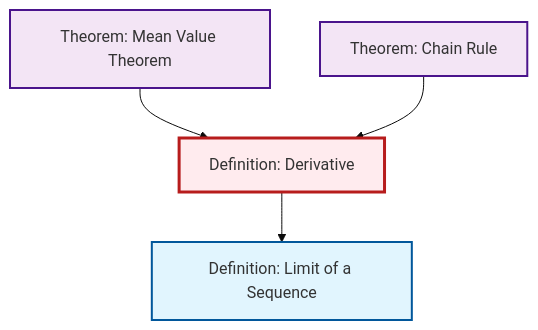
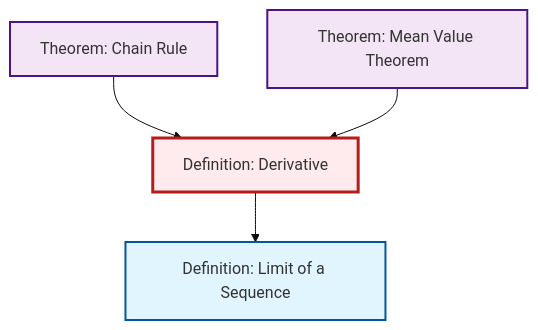
One commit to RK0429/ModernMath changed the second of 2 diagrams in content/ja/analysis/def-derivative.qmd. Above: the diagram before and after it, drawn with Mermaid (base theme). The commit also changed other lines of this file and 491 other files, not shown here.

First line of the commit message:
feat: Add Central Limit Theorem article with comprehensive cross-references

````diff
--- a/content/ja/analysis/def-derivative.qmd
+++ b/content/ja/analysis/def-derivative.qmd
@@ -83,20 +83,20 @@
 ```{mermaid}
 %%| fig-cap: "Local dependency graph"
 graph TD
     classDef definition fill:#e1f5fe,stroke:#01579b,stroke-width:2px
     classDef theorem fill:#f3e5f5,stroke:#4a148c,stroke-width:2px
     classDef axiom fill:#fff3e0,stroke:#e65100,stroke-width:2px
     classDef example fill:#e8f5e9,stroke:#1b5e20,stroke-width:2px
     classDef current fill:#ffebee,stroke:#b71c1c,stroke-width:3px
+    thm-chain-rule["Theorem: Chain Rule"]:::theorem
     thm-mean-value["Theorem: Mean Value Theorem"]:::theorem
-    thm-chain-rule["Theorem: Chain Rule"]:::theorem
     def-derivative["Definition: Derivative"]:::definition
     def-limit["Definition: Limit of a Sequence"]:::definition
+    thm-chain-rule --> def-derivative
+    def-derivative --> def-limit
     thm-mean-value --> def-derivative
-    def-derivative --> def-limit
-    thm-chain-rule --> def-derivative
     class def-derivative current
+    click thm-chain-rule "thm-chain-rule.html" "Theorem: Chain Ruleへ"
     click thm-mean-value "thm-mean-value.html" "Theorem: Mean Value Theoremへ"
-    click thm-chain-rule "thm-chain-rule.html" "Theorem: Chain Ruleへ"
     click def-limit "def-limit.html" "Definition: Limit of a Sequenceへ"
 ```
````
